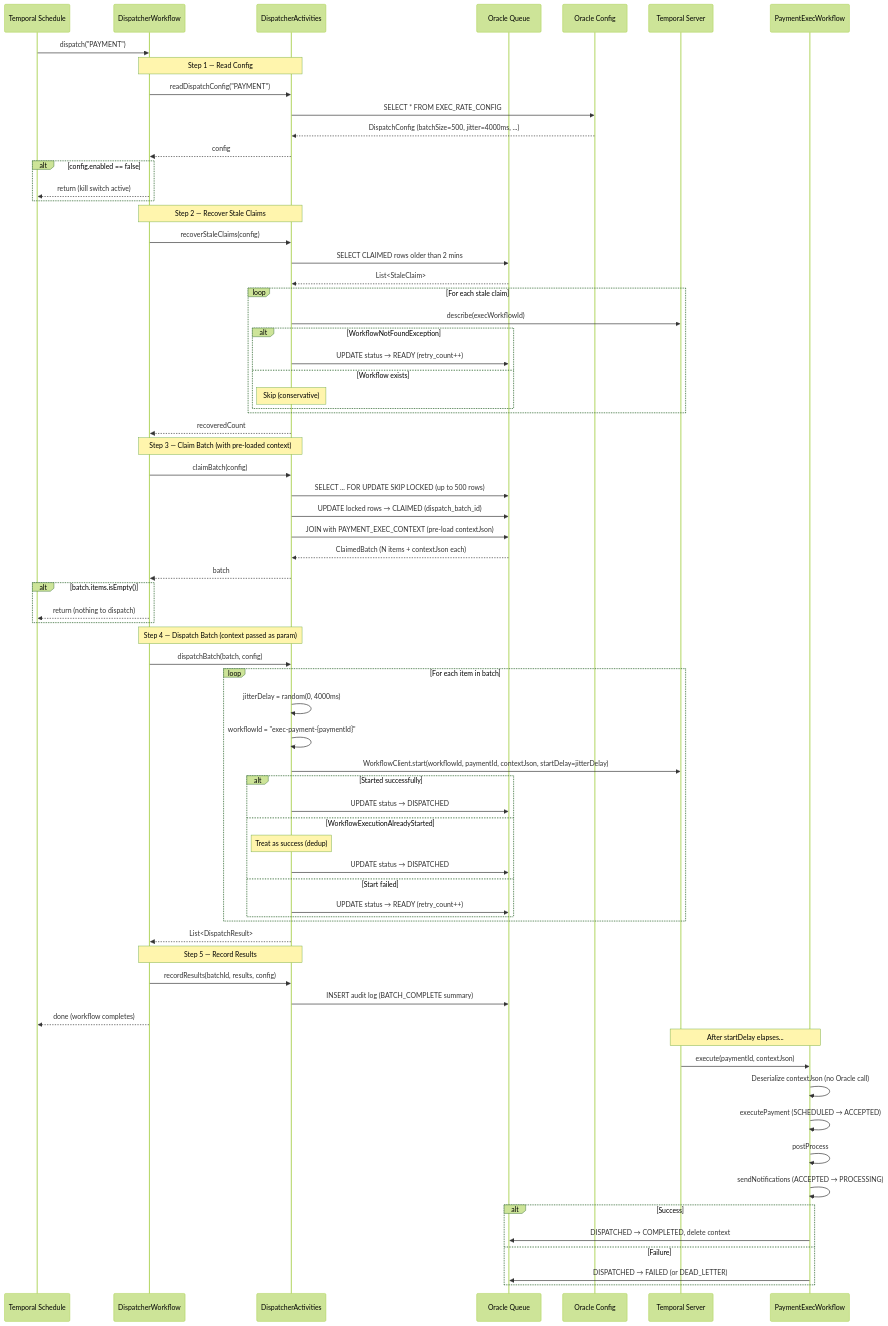
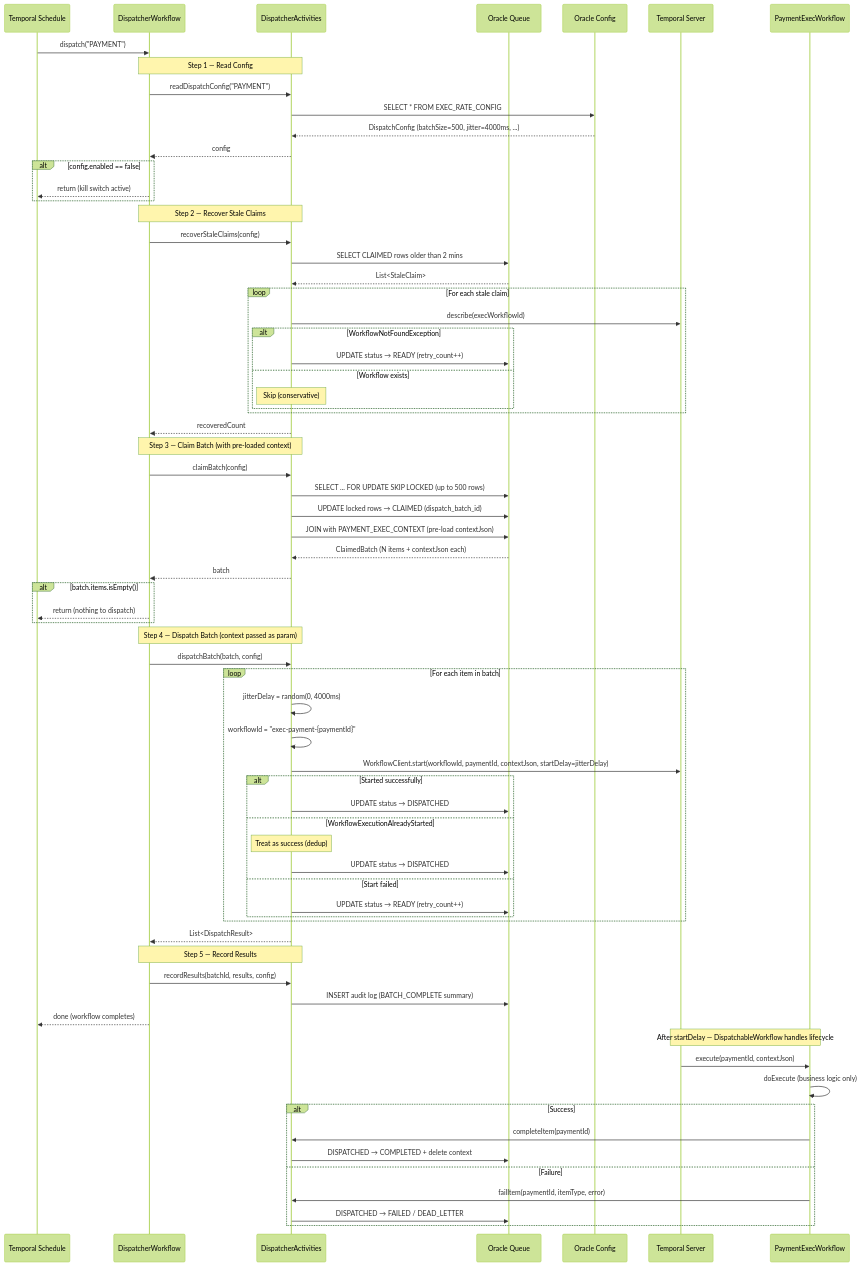
Before and after one commit to arunav-bhattacharya/payment-dispatch: the third of 13 diagrams in README.md, drawn with Mermaid (forest theme). The commit also changed other lines of this file and 24 other files, not shown here.

````diff
--- a/README.md
+++ b/README.md
@@ -257,15 +230,14 @@
 
     DW-->>S: done (workflow completes)
 
-    Note over T,EW: After startDelay elapses...
+    Note over T,EW: After startDelay — DispatchableWorkflow handles lifecycle
     T->>EW: execute(paymentId, contextJson)
-    EW->>EW: Deserialize contextJson (no Oracle call)
-    EW->>EW: executePayment (SCHEDULED → ACCEPTED)
-    EW->>EW: postProcess
-    EW->>EW: sendNotifications (ACCEPTED → PROCESSING)
+    EW->>EW: doExecute (business logic only)
     alt Success
-        EW->>OQ: DISPATCHED → COMPLETED, delete context
+        EW->>DA: completeItem(paymentId)
+        DA->>OQ: DISPATCHED → COMPLETED + delete context
     else Failure
-        EW->>OQ: DISPATCHED → FAILED (or DEAD_LETTER)
+        EW->>DA: failItem(paymentId, itemType, error)
+        DA->>OQ: DISPATCHED → FAILED / DEAD_LETTER
     end
 ```
````
